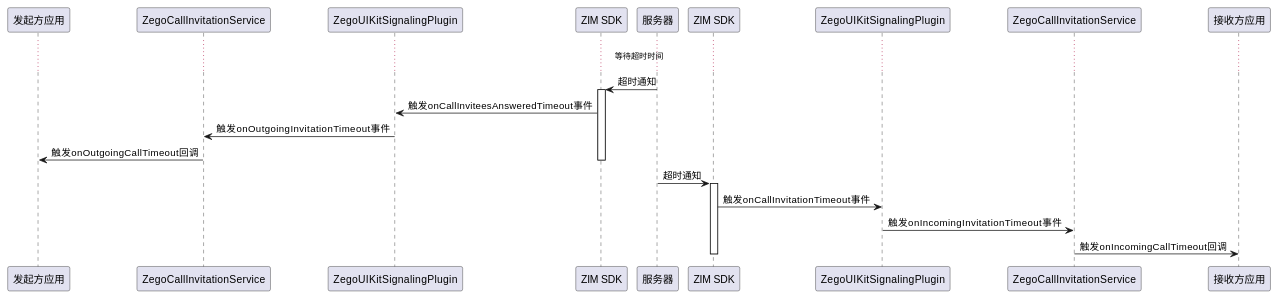
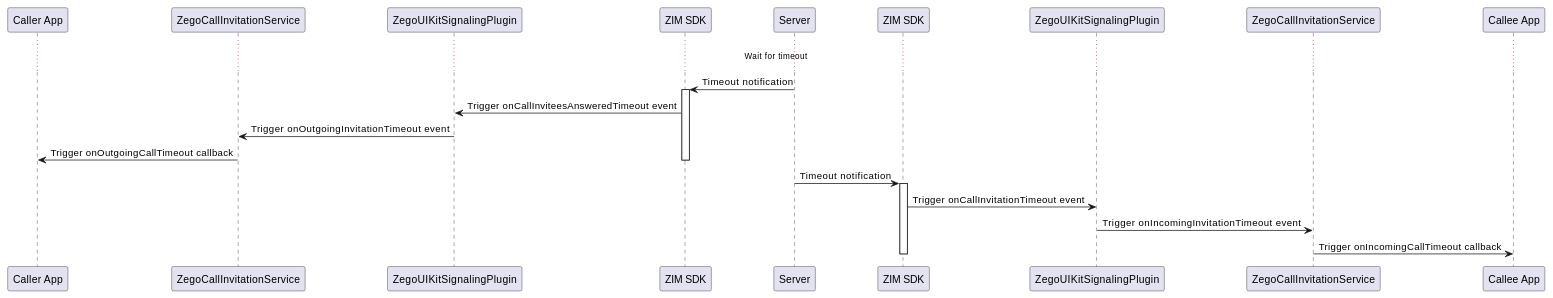
The fifth of 5 diagrams in documents/sequence_diagram.md (ZEGOCLOUD/zego_uikit_prebuilt_call_flutter), drawn with PlantUML before and after one commit. The commit also changed other lines of this file and 3 other files, not shown here.

````diff
--- a/documents/sequence_diagram.md
+++ b/documents/sequence_diagram.md
@@ -155,30 +155,30 @@
 ```plantuml
 @startuml
-participant "发起方应用" as AppA
+participant "Caller App" as AppA
 participant "ZegoCallInvitationService" as ServiceA
 participant "ZegoUIKitSignalingPlugin" as PluginA
 participant "ZIM SDK" as ZIMA
-participant "服务器" as Server
+participant "Server" as Server
 participant "ZIM SDK" as ZIMB
 participant "ZegoUIKitSignalingPlugin" as PluginB
 participant "ZegoCallInvitationService" as ServiceB
-participant "接收方应用" as AppB
+participant "Callee App" as AppB
 
-... 等待超时时间 ...
+... Wait for timeout ...
 
-Server -> ZIMA: 超时通知
+Server -> ZIMA: Timeout notification
 activate ZIMA
-ZIMA -> PluginA: 触发onCallInviteesAnsweredTimeout事件
-PluginA -> ServiceA: 触发onOutgoingInvitationTimeout事件
-ServiceA -> AppA: 触发onOutgoingCallTimeout回调
+ZIMA -> PluginA: Trigger onCallInviteesAnsweredTimeout event
+PluginA -> ServiceA: Trigger onOutgoingInvitationTimeout event
+ServiceA -> AppA: Trigger onOutgoingCallTimeout callback
 deactivate ZIMA
 
-Server -> ZIMB: 超时通知
+Server -> ZIMB: Timeout notification
 activate ZIMB
-ZIMB -> PluginB: 触发onCallInvitationTimeout事件
-PluginB -> ServiceB: 触发onIncomingInvitationTimeout事件
-ServiceB -> AppB: 触发onIncomingCallTimeout回调
+ZIMB -> PluginB: Trigger onCallInvitationTimeout event
+PluginB -> ServiceB: Trigger onIncomingInvitationTimeout event
+ServiceB -> AppB: Trigger onIncomingCallTimeout callback
 deactivate ZIMB
 
 @enduml
 ```
````
